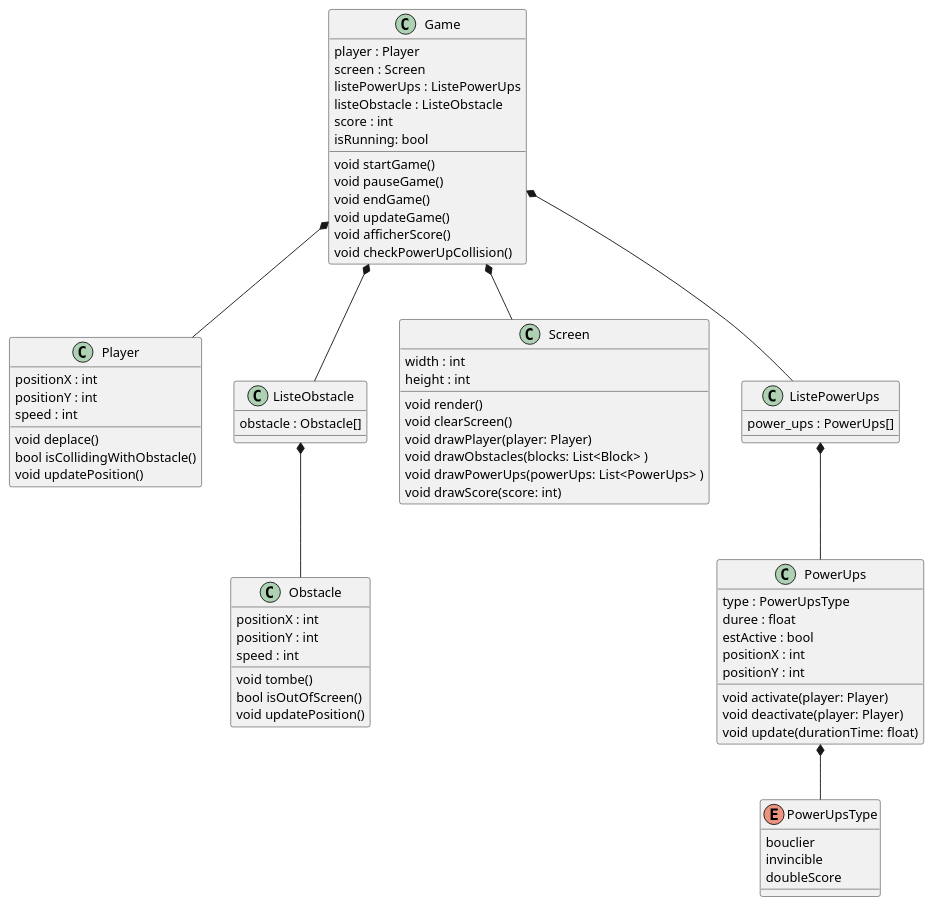
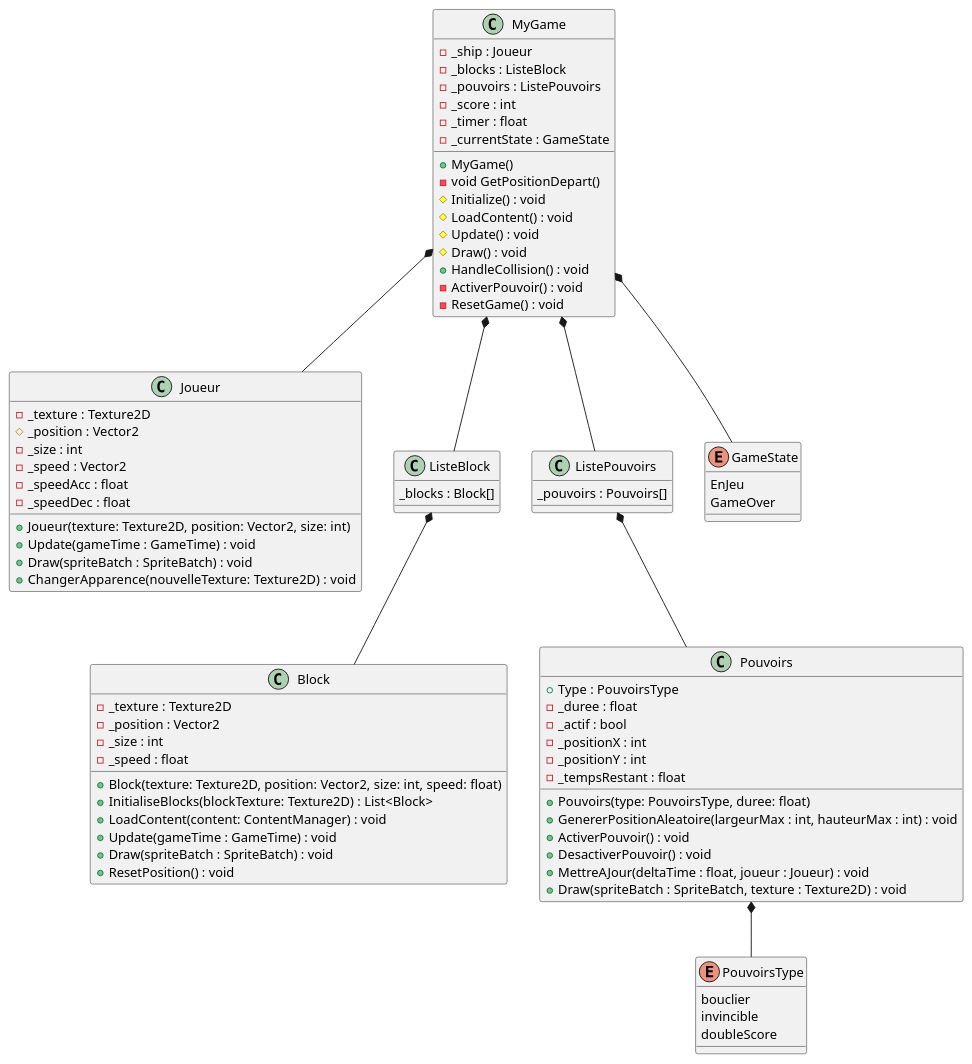
Before and after one commit to AlexisThach/DodgeBlock: the diagram in data/plantUML/plantuml.md, drawn with PlantUML. The commit also changed 9 other files, not shown here.

````diff
--- a/data/plantUML/plantuml.md
+++ b/data/plantUML/plantuml.md
@@ -1,80 +1,89 @@
 ```plantuml
 
-class Game {
-    player : Player
-    screen : Screen
-    listePowerUps : ListePowerUps
-    listeObstacle : ListeObstacle
-    score : int
-    isRunning: bool
-    void startGame()
-    void pauseGame()
-    void endGame()
-    void updateGame()
-    void afficherScore()
-    void checkPowerUpCollision()
+class MyGame {
+    -_ship : Joueur
+    -_blocks : ListeBlock
+    -_pouvoirs : ListePouvoirs
+    -_score : int
+    -_timer : float
+    -_currentState : GameState
+    +MyGame()
+    -void GetPositionDepart()
+    #Initialize() : void
+    #LoadContent() : void
+    #Update() : void
+    #Draw() : void
+    +HandleCollision() : void
+    -ActiverPouvoir() : void
+    -ResetGame() : void
 }
 
-class Player {
-    positionX : int
-    positionY : int
-    speed : int
-    void deplace()
-    bool isCollidingWithObstacle()
-    void updatePosition()
+class Joueur {
+    -_texture : Texture2D
+    #_position : Vector2
+    -_size : int
+    -_speed : Vector2
+    -_speedAcc : float
+    -_speedDec : float
+    +Joueur(texture: Texture2D, position: Vector2, size: int)
+    +Update(gameTime : GameTime) : void
+    +Draw(spriteBatch : SpriteBatch) : void
+    +ChangerApparence(nouvelleTexture: Texture2D) : void
 }
 
-class ListeObstacle {
-    obstacle : Obstacle[]
+class ListeBlock {
+    _blocks : Block[]
 }
 
-class Obstacle {
-    positionX : int
-    positionY : int
-    speed : int
-    void tombe()
-    bool isOutOfScreen()
-    void updatePosition()
+class Block {
+    -_texture : Texture2D
+    -_position : Vector2
+    -_size : int
+    -_speed : float
+    +Block(texture: Texture2D, position: Vector2, size: int, speed: float)
+    +InitialiseBlocks(blockTexture: Texture2D) : List<Block>
+    +LoadContent(content: ContentManager) : void
+    +Update(gameTime : GameTime) : void
+    +Draw(spriteBatch : SpriteBatch) : void 
+    +ResetPosition() : void 
 }
 
-class Screen {
-    width : int
-    height : int
-    void render()
-    void clearScreen()
-    void drawPlayer(player: Player)
-    void drawObstacles(blocks: List<Block> )
-    void drawPowerUps(powerUps: List<PowerUps> )
-    void drawScore(score: int)
+class ListePouvoirs {
+   _pouvoirs : Pouvoirs[]
 }
 
-class ListePowerUps {
-    power_ups : PowerUps[]
+class Pouvoirs {
+    +Type : PouvoirsType
+    -_duree : float
+    -_actif : bool
+    -_positionX : int
+    -_positionY : int
+    -_tempsRestant : float
+    +Pouvoirs(type: PouvoirsType, duree: float)
+    +GenererPositionAleatoire(largeurMax : int, hauteurMax : int) : void
+    +ActiverPouvoir() : void
+    +DesactiverPouvoir() : void 
+    +MettreAJour(deltaTime : float, joueur : Joueur) : void
+    +Draw(spriteBatch : SpriteBatch, texture : Texture2D) : void 
 }
 
-class PowerUps {
-    type : PowerUpsType
-    duree : float
-    estActive : bool
-    positionX : int
-    positionY : int
-    void activate(player: Player)
-    void deactivate(player: Player)
-    void update(durationTime: float)
+enum GameState{
+    EnJeu
+    GameOver
 }
 
-enum PowerUpsType {
+enum PouvoirsType {
     bouclier
     invincible
     doubleScore
 }
 
-Game *-- Screen
-Game *-- Player
-Game *-- ListeObstacle
-Game *-- ListePowerUps
-ListeObstacle *-- Obstacle
-ListePowerUps *-- PowerUps
-PowerUps *-- PowerUpsType
+MyGame *-- Joueur
+MyGame *-- ListeBlock
+MyGame *-- ListePouvoirs
+MyGame *-- GameState
+ListeBlock *-- Block
+ListePouvoirs *-- Pouvoirs
+Pouvoirs *-- PouvoirsType
 
 ```
````
